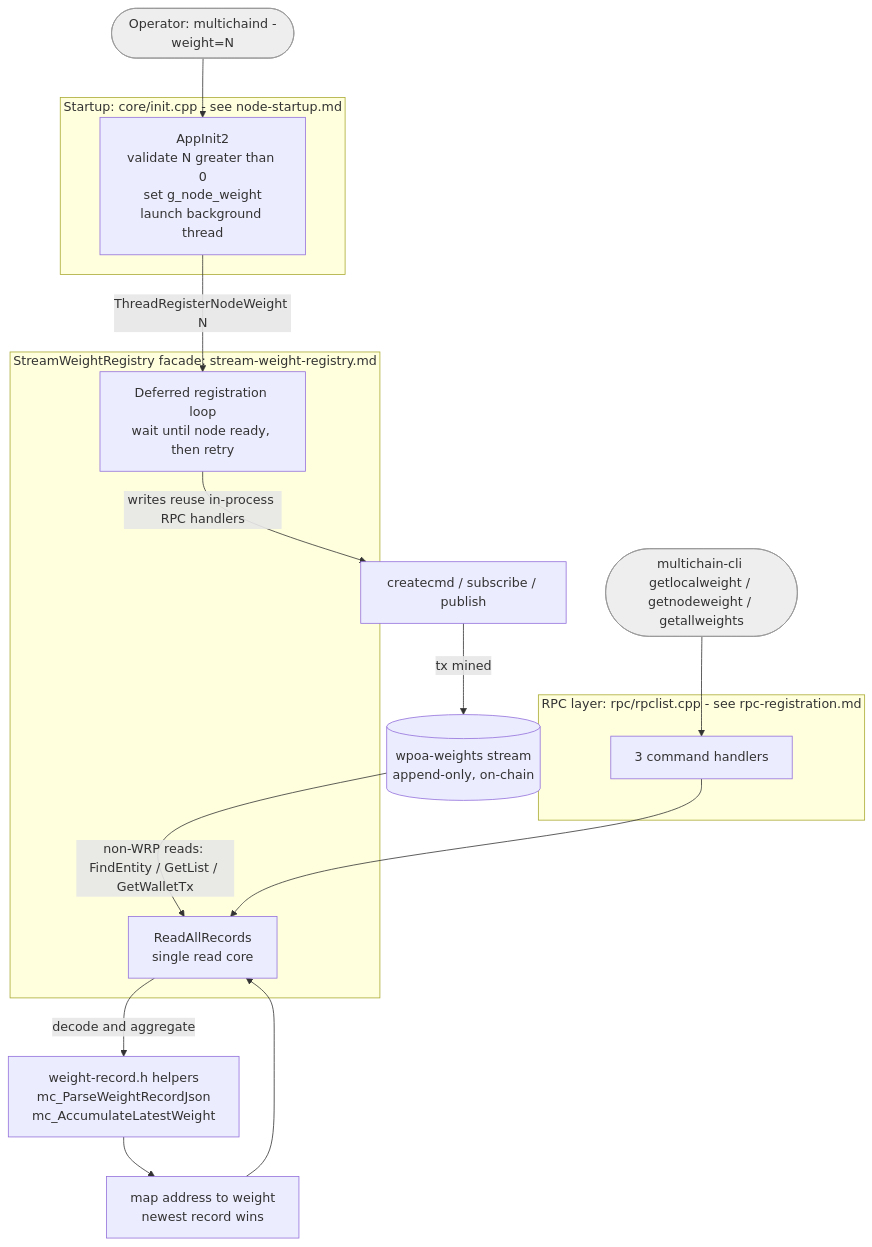
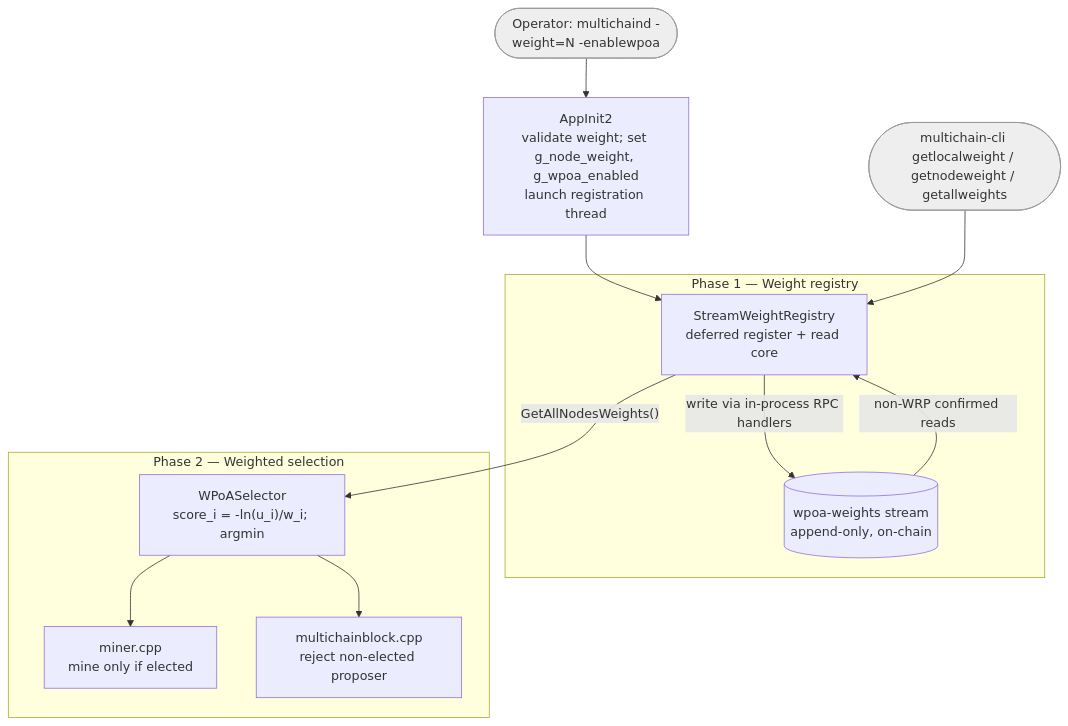
One commit to FeMattu/multichain changed the diagram in src/wpoa/README.md. Above: the diagram before and after it, drawn with Mermaid. The commit also changed other lines of this file and 12 other files, not shown here.

````diff
--- a/src/wpoa/README.md
+++ b/src/wpoa/README.md
@@ -45,31 +57,26 @@
 ```mermaid
 flowchart TD
-    OP([Operator: multichaind -weight=N]):::ext --> INIT
+    OP([Operator: multichaind -weight=N -enablewpoa]):::ext --> INIT
+    INIT["AppInit2<br/>validate weight; set g_node_weight, g_wpoa_enabled<br/>launch registration thread"]
 
-    subgraph startup [Startup: core/init.cpp - see node-startup.md]
-        INIT[AppInit2<br/>validate N greater than 0<br/>set g_node_weight<br/>launch background thread]
+    subgraph P1 [Phase 1 — Weight registry]
+        REG["StreamWeightRegistry<br/>deferred register + read core"]
+        STREAM[(wpoa-weights stream<br/>append-only, on-chain)]
+        REG -->|write via in-process RPC handlers| STREAM
+        STREAM -->|non-WRP confirmed reads| REG
     end
 
-    INIT -->|ThreadRegisterNodeWeight N| REG
-
-    subgraph facade [StreamWeightRegistry facade: stream-weight-registry.md]
-        REG[Deferred registration loop<br/>wait until node ready, then retry]
-        READ[ReadAllRecords<br/>single read core]
+    subgraph P2 [Phase 2 — Weighted selection]
+        SEL["WPoASelector<br/>score_i = -ln(u_i)/w_i; argmin"]
+        MINE["miner.cpp<br/>mine only if elected"]
+        VAL["multichainblock.cpp<br/>reject non-elected proposer"]
+        SEL --> MINE
+        SEL --> VAL
     end
 
-    REG -->|writes reuse in-process RPC handlers| W
-    W[createcmd / subscribe / publish] -->|tx mined| STREAM[(wpoa-weights stream<br/>append-only, on-chain)]
-
-    STREAM -->|non-WRP reads: FindEntity / GetList / GetWalletTx| READ
-    READ -->|decode and aggregate| WR[weight-record.h helpers<br/>mc_ParseWeightRecordJson<br/>mc_AccumulateLatestWeight]
-    WR --> MAP[map address to weight<br/>newest record wins]
-    MAP --> READ
-
-    CLI([multichain-cli getlocalweight / getnodeweight / getallweights]):::ext --> RPCLIST
-    subgraph rpc [RPC layer: rpc/rpclist.cpp - see rpc-registration.md]
-        RPCLIST[3 command handlers]
-    end
-    RPCLIST --> READ
+    INIT --> REG
+    REG -->|"GetAllNodesWeights()"| SEL
+    CLI([multichain-cli getlocalweight / getnodeweight / getallweights]):::ext --> REG
 
     classDef ext fill:#eee,stroke:#999,color:#333;
 ```
````
